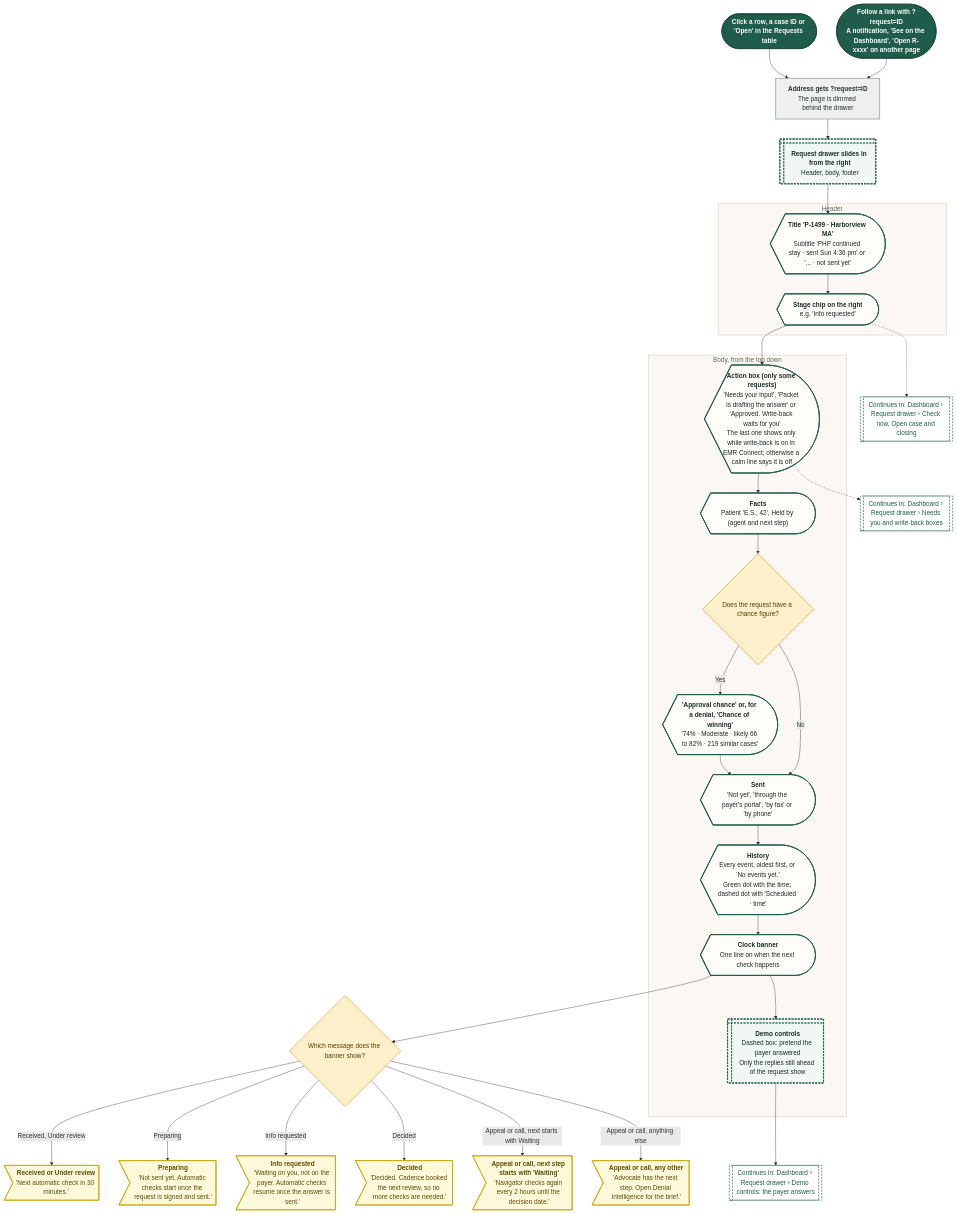
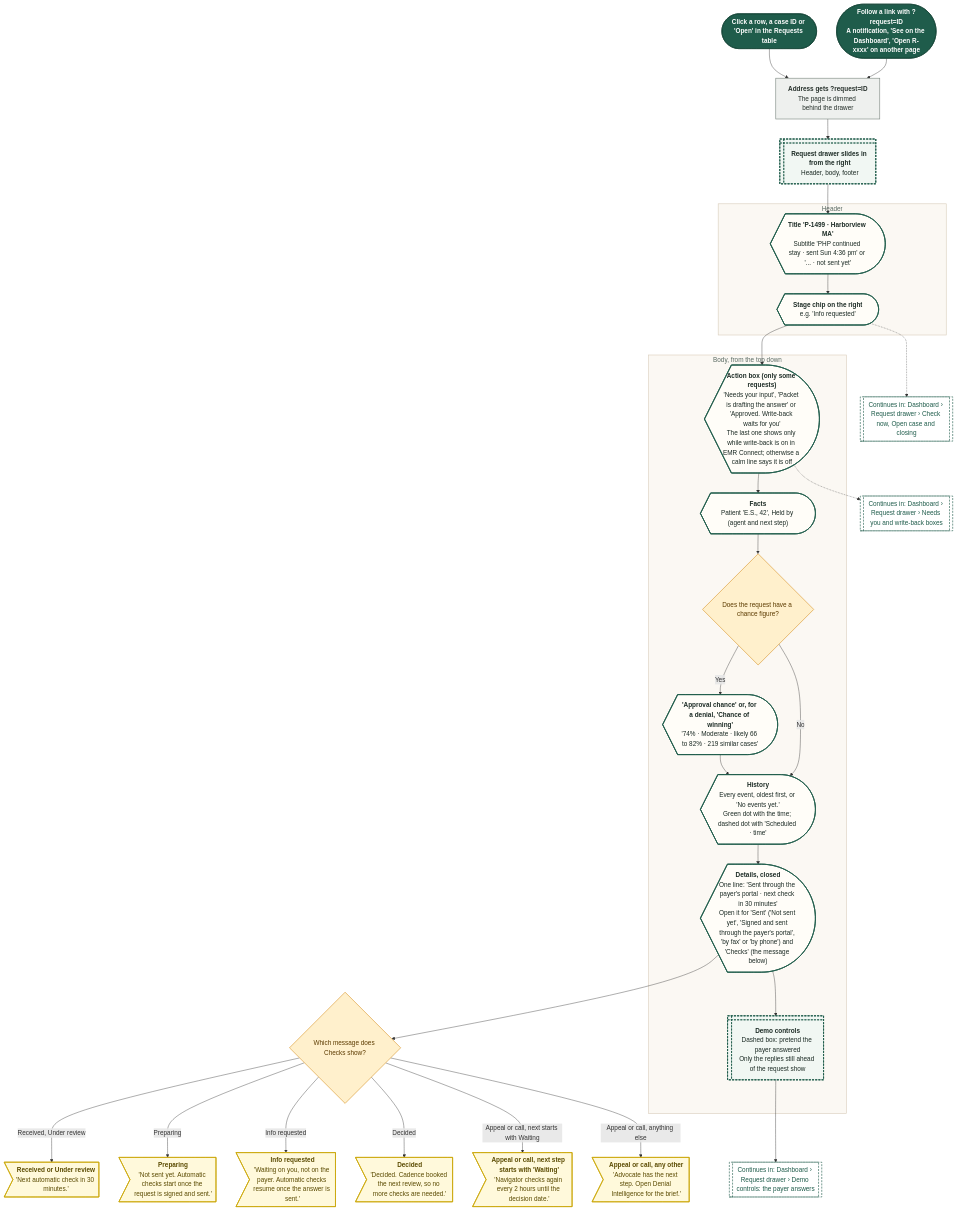
Diagram 14 of 21 in demos/prior-auth-demo/workflows/out/md/02-dashboard.md (Shrav143/psyfloapp), drawn with Mermaid before and after one commit. The commit also changed other lines of this file and 192 other files, not shown here.

First line of the commit message:
docs: changelog by sidebar tab; README, diagrams and Settings layout aligned with the refinement; shared InfoTip; referral cost-share line

````diff
--- a/demos/prior-auth-demo/workflows/out/md/02-dashboard.md
+++ b/demos/prior-auth-demo/workflows/out/md/02-dashboard.md
@@ -884,74 +1063,73 @@
 ```mermaid
 %%{init: {"theme":"base","themeVariables":{"fontFamily":"'DM Sans', 'Segoe UI', system-ui, sans-serif","fontSize":"15px","lineColor":"#5B6B63","primaryTextColor":"#1C2B25","clusterBkg":"#FBF8F3","clusterBorder":"#D9CDBB","edgeLabelBackground":"#FFFFFF"},"flowchart":{"curve":"basis","nodeSpacing":36,"rankSpacing":48,"padding":12,"htmlLabels":true,"useMaxWidth":false,"wrappingWidth":230}} }%%
 flowchart TD
   classDef k_start fill:#1F5C4B,stroke:#174638,color:#FFFFFF,stroke-width:1.5px,font-weight:600
   classDef k_end fill:#DDEFE3,stroke:#2E7D4F,color:#14502F,stroke-width:1.5px,font-weight:600
   classDef k_endx fill:#FBE3E0,stroke:#C0392B,color:#7A1F16,stroke-width:1.5px,font-weight:600
   classDef k_screen fill:#FFFDF8,stroke:#1F5C4B,color:#1C2B25,stroke-width:2px
   classDef k_overlay fill:#F1F7F3,stroke:#1F5C4B,color:#1C2B25,stroke-width:2px,stroke-dasharray:5 3
   classDef k_click fill:#DCEBFA,stroke:#2F6DB5,color:#12365F,stroke-width:1.5px
   classDef k_input fill:#E4E7FF,stroke:#4C5FD5,color:#1D2670,stroke-width:1.5px
   classDef k_process fill:#EEF0EE,stroke:#7A857F,color:#26302B,stroke-width:1.5px
   classDef k_agent fill:#EEE5FA,stroke:#7A4FC2,color:#341A63,stroke-width:1.5px
   classDef k_decision fill:#FFF0CC,stroke:#D9962B,color:#5C3B00,stroke-width:1.5px
   classDef k_store fill:#D5F0EA,stroke:#1C8E7B,color:#0B4A3F,stroke-width:1.5px
   classDef k_doc fill:#F6E9DC,stroke:#B07A4C,color:#4A2E14,stroke-width:1.5px
   classDef k_ext fill:#FFE6D2,stroke:#E07B39,color:#6B2F06,stroke-width:1.5px
   classDef k_wait fill:#E4E8EE,stroke:#6B7C93,color:#26303D,stroke-width:1.5px
   classDef k_toast fill:#FFF9DB,stroke:#C9A400,color:#5A4A00,stroke-width:1.5px
   classDef k_goto fill:#FFFFFF,stroke:#1F5C4B,color:#1F5C4B,stroke-width:1.5px,stroke-dasharray:5 3
   s1@{ shape: stadium, label: "Click a row, a case ID or 'Open' in the Requests table" }
   s2@{ shape: stadium, label: "<b>Follow a link with ?request=ID</b><br/>A notification, 'See on the Dashboard', 'Open R-xxxx' on another page" }
   p1@{ shape: rect, label: "<b>Address gets ?request=ID</b><br/>The page is dimmed behind the drawer" }
   o1@{ shape: win-pane, label: "<b>Request drawer slides in from the right</b><br/>Header, body, footer" }
   subgraph gHead ["Header"]
   h1@{ shape: curv-trap, label: "<b>Title 'P-1499 · Harborview MA'</b><br/>Subtitle 'PHP continued stay · sent Sun 4:36 pm' or '... · not sent yet'" }
   h2@{ shape: curv-trap, label: "<b>Stage chip on the right</b><br/>e.g. 'Info requested'" }
   end
   subgraph gBody ["Body, from the top down"]
   b1@{ shape: curv-trap, label: "<b>Action box (only some requests)</b><br/>'Needs your input', 'Packet is drafting the answer' or 'Approved. Write-back waits for you'<br/>The last one shows only while write-back is on in EMR Connect; otherwise a calm line says it is off" }
   b2@{ shape: curv-trap, label: "<b>Facts</b><br/>Patient 'E.S., 42', Held by (agent and next step)" }
   d1@{ shape: diam, label: "Does the request have a chance figure?" }
   b3@{ shape: curv-trap, label: "<b>'Approval chance' or, for a denial, 'Chance of winning'</b><br/>'74% · Moderate · likely 66 to 82% · 219 similar cases'" }
-  b4@{ shape: curv-trap, label: "<b>Sent</b><br/>'Not yet', 'through the payer's portal', 'by fax' or 'by phone'" }
   b5@{ shape: curv-trap, label: "<b>History</b><br/>Every event, oldest first, or 'No events yet.'<br/>Green dot with the time; dashed dot with 'Scheduled · time'" }
-  b6@{ shape: curv-trap, label: "<b>Clock banner</b><br/>One line on when the next check happens" }
+  b6@{ shape: curv-trap, label: "<b>Details, closed</b><br/>One line: 'Sent through the payer's portal · next check in 30 minutes'<br/>Open it for 'Sent' ('Not sent yet', 'Signed and sent through the payer's portal', 'by fax' or 'by phone') and 'Checks' (the message below)" }
   b7@{ shape: win-pane, label: "<b>Demo controls</b><br/>Dashed box: pretend the payer answered<br/>Only the replies still ahead of the request show" }
   end
-  d2@{ shape: diam, label: "Which message does the banner show?" }
+  d2@{ shape: diam, label: "Which message does Checks show?" }
   m1@{ shape: odd, label: "<b>Received or Under review</b><br/>'Next automatic check in 30 minutes.'" }
   m2@{ shape: odd, label: "<b>Preparing</b><br/>'Not sent yet. Automatic checks start once the request is signed and sent.'" }
   m3@{ shape: odd, label: "<b>Info requested</b><br/>'Waiting on you, not on the payer. Automatic checks resume once the answer is sent.'" }
   m4@{ shape: odd, label: "<b>Decided</b><br/>'Decided. Cadence booked the next review, so no more checks are needed.'" }
   m5@{ shape: odd, label: "<b>Appeal or call, next step starts with 'Waiting'</b><br/>'Navigator checks again every 2 hours until the decision date.'" }
   m6@{ shape: odd, label: "<b>Appeal or call, any other</b><br/>'Advocate has the next step. Open Denial Intelligence for the brief.'" }
   g1@{ shape: subproc, label: "Continues in: Dashboard › Request drawer › Needs you and write-back boxes" }
   g2@{ shape: subproc, label: "Continues in: Dashboard › Request drawer › Demo controls: the payer answers" }
   g3@{ shape: subproc, label: "Continues in: Dashboard › Request drawer › Check now, Open case and closing" }
   s1 --> p1
   s2 --> p1
   p1 --> o1 --> h1 --> h2
   h2 --> b1 --> b2 --> d1
-  d1 -->|"Yes"| b3 --> b4
-  d1 -->|"No"| b4
-  b4 --> b5 --> b6 --> d2
+  d1 -->|"Yes"| b3 --> b5
+  d1 -->|"No"| b5
+  b5 --> b6 --> d2
   d2 -->|"Received, Under review"| m1
   d2 -->|"Preparing"| m2
   d2 -->|"Info requested"| m3
   d2 -->|"Decided"| m4
   d2 -->|"Appeal or call, next starts with Waiting"| m5
   d2 -->|"Appeal or call, anything else"| m6
   b6 --> b7
   b1 -.-> g1
   b7 --> g2
   h2 -.-> g3
   class s1,s2 k_start
   class p1 k_process
   class o1,b7 k_overlay
-  class h1,h2,b1,b2,b3,b4,b5,b6 k_screen
+  class h1,h2,b1,b2,b3,b5,b6 k_screen
   class d1,d2 k_decision
   class m1,m2,m3,m4,m5,m6 k_toast
   class g1,g2,g3 k_goto
   style gHead fill:#FBF8F3,stroke:#D9CDBB,stroke-width:1.5px,color:#5B6B63
   style gBody fill:#FBF8F3,stroke:#D9CDBB,stroke-width:1.5px,color:#5B6B63
 ```
````
